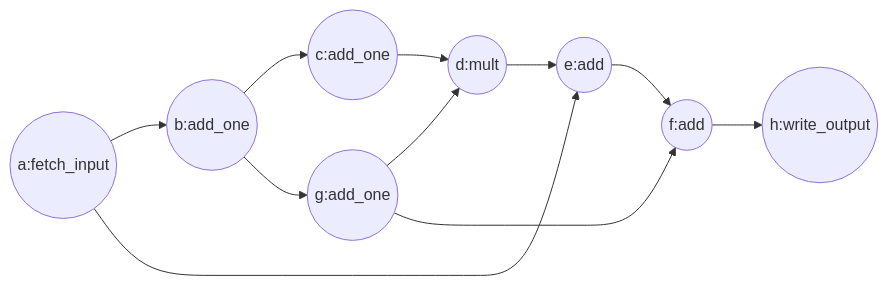
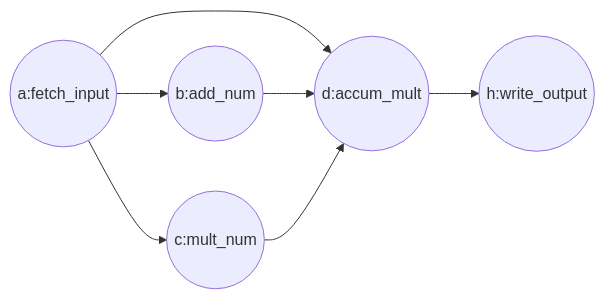
Before and after one commit to LionkingYang/taskflow: the diagram in test/math_test/README.md, drawn with Mermaid. The commit also changed other lines of this file and 1 other file, not shown here.

````diff
--- a/test/math_test/README.md
+++ b/test/math_test/README.md
@@ -5,13 +7,9 @@
 ```mermaid
 graph LR
-   a((a:fetch_input)) --> b((b:add_one))
-b((b:add_one)) --> c((c:add_one))
-b((b:add_one)) --> g((g:add_one))
-g((g:add_one)) --> d((d:mult))
-c((c:add_one)) --> d((d:mult))
-d((d:mult)) --> e((e:add))
-a((a:fetch_input)) --> e((e:add))
-e((e:add)) --> f((f:add))
-g((g:add_one)) --> f((f:add))
-f((f:add)) --> h((h:write_output))
+   a((a:fetch_input)) --> b((b:add_num))
+a((a:fetch_input)) --> c((c:mult_num))
+a((a:fetch_input)) --> d((d:accum_mult))
+b((b:add_num)) --> d((d:accum_mult))
+c((c:mult_num)) --> d((d:accum_mult))
+d((d:accum_mult)) --> h((h:write_output))
 ```
````
